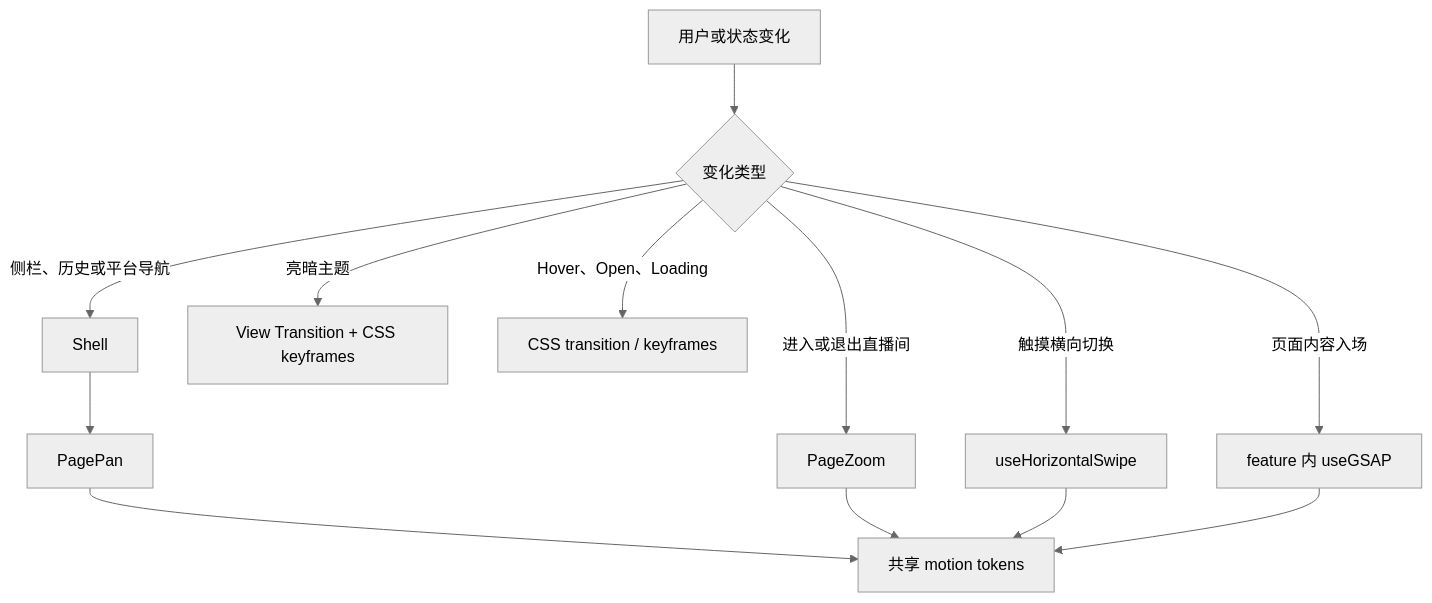
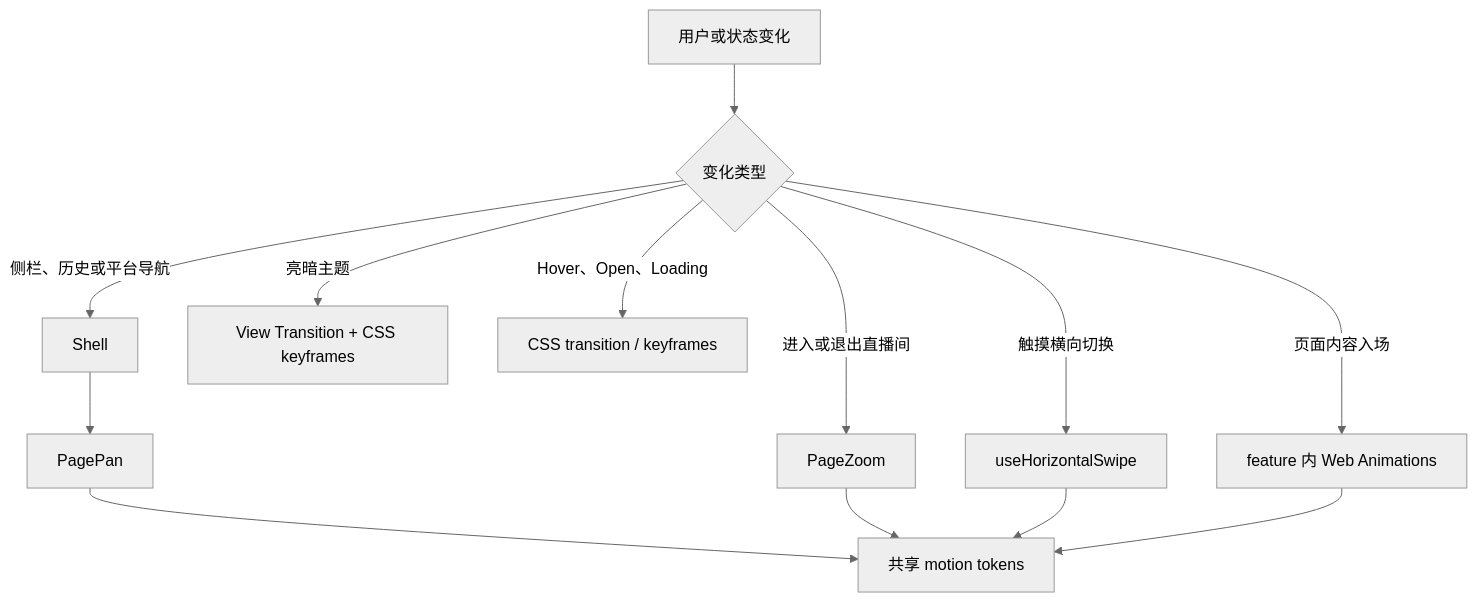
One commit to Kenny3Shen/rLive changed the diagram in docs/zh/UI与动画技术说明.md. Above: the diagram before and after it, drawn with Mermaid (neutral theme). The commit also changed other lines of this file and 18 other files, not shown here.

First line of the commit message:
refactor(motion): 移除 GSAP 依赖改用原生 Web Animations

````diff
--- a/docs/zh/UI与动画技术说明.md
+++ b/docs/zh/UI与动画技术说明.md
@@ -105,15 +104,15 @@
 ```mermaid
 flowchart TD
     A[用户或状态变化] --> B{变化类型}
     B -->|侧栏、历史或平台导航| C[Shell]
     C --> D[PagePan]
     B -->|进入或退出直播间| E[PageZoom]
     B -->|触摸横向切换| F[useHorizontalSwipe]
-    B -->|页面内容入场| G[feature 内 useGSAP]
+    B -->|页面内容入场| G[feature 内 Web Animations]
     B -->|亮暗主题| H[View Transition + CSS keyframes]
     B -->|Hover、Open、Loading| I[CSS transition / keyframes]
     D --> J[共享 motion tokens]
     E --> J
     F --> J
     G --> J
 ```
````
